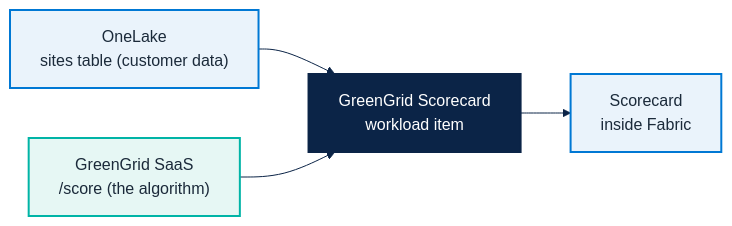
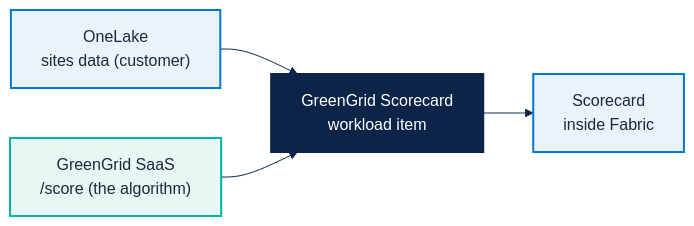
Before and after one commit to fredgis/FY27FabricMotion: the diagram in docs/microhack-2-sdc-workloads-workbook.md, drawn with Mermaid. The commit also changed other lines of this file and 4 other files, not shown here.

````diff
--- a/docs/microhack-2-sdc-workloads-workbook.md
+++ b/docs/microhack-2-sdc-workloads-workbook.md
@@ -56,13 +54,13 @@
 ```mermaid
 %%{init: {'theme':'base','themeVariables':{
   'primaryColor':'#E6F7F4','primaryTextColor':'#1B2A3A',
   'primaryBorderColor':'#00B4A6','lineColor':'#0B2447','secondaryColor':'#EAF3FB'}}}%%
 flowchart LR
-    O["OneLake<br/>sites table (customer data)"] --> W["GreenGrid Scorecard<br/>workload item"]
+    O["OneLake<br/>sites data (customer)"] --> W["GreenGrid Scorecard<br/>workload item"]
     SA["GreenGrid SaaS<br/>/score (the algorithm)"] --> W
     W --> R["Scorecard<br/>inside Fabric"]
     classDef fab fill:#EAF3FB,stroke:#0078D4,color:#1B2A3A,stroke-width:2px;
     classDef saas fill:#E6F7F4,stroke:#00B4A6,color:#1B2A3A,stroke-width:2px;
     classDef out fill:#0B2447,stroke:#0B2447,color:#FFFFFF,stroke-width:2px;
     class O,R fab; class SA saas; class W out;
 ```
````
